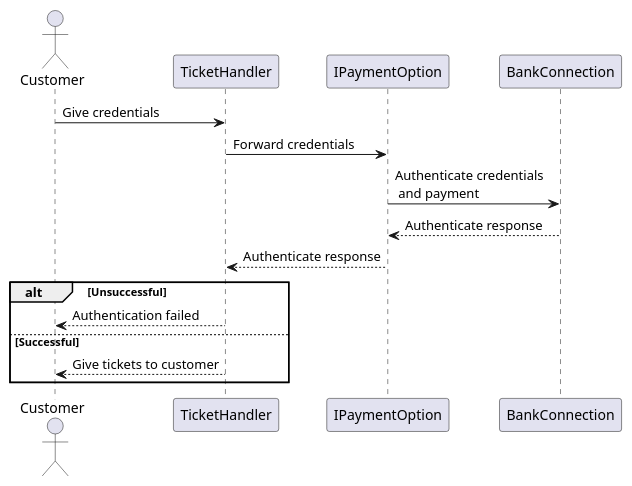
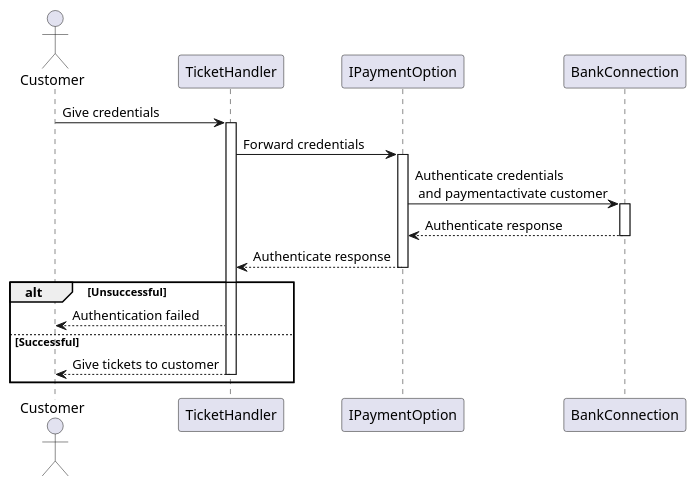
Before and after one commit to bj0rnar/ProjectTicketService: the diagram in UML/Buy_ticket_sequenceDiagram.puml, drawn with PlantUML. The commit also changed 1 other file, not shown here.

```diff
--- a/UML/Buy_ticket_sequenceDiagram.puml
+++ b/UML/Buy_ticket_sequenceDiagram.puml
@@ -1,15 +1,21 @@
 @startuml
 Actor Customer
 Customer -> TicketHandler: Give credentials
+activate TicketHandler
 TicketHandler -> IPaymentOption: Forward credentials
-IPaymentOption -> BankConnection: Authenticate credentials\n and payment
+activate IPaymentOption
+IPaymentOption -> BankConnection: Authenticate credentials\n and paymentactivate customer
+activate BankConnection
 IPaymentOption <-- BankConnection: Authenticate response
+deactivate BankConnection
 IPaymentOption --> TicketHandler: Authenticate response
+deactivate IPaymentOption
 alt Unsuccessful
 TicketHandler --> Customer: Authentication failed
 else Successful
 TicketHandler --> Customer: Give tickets to customer
+deactivate TicketHandler
 end
 
 
 @enduml
```
